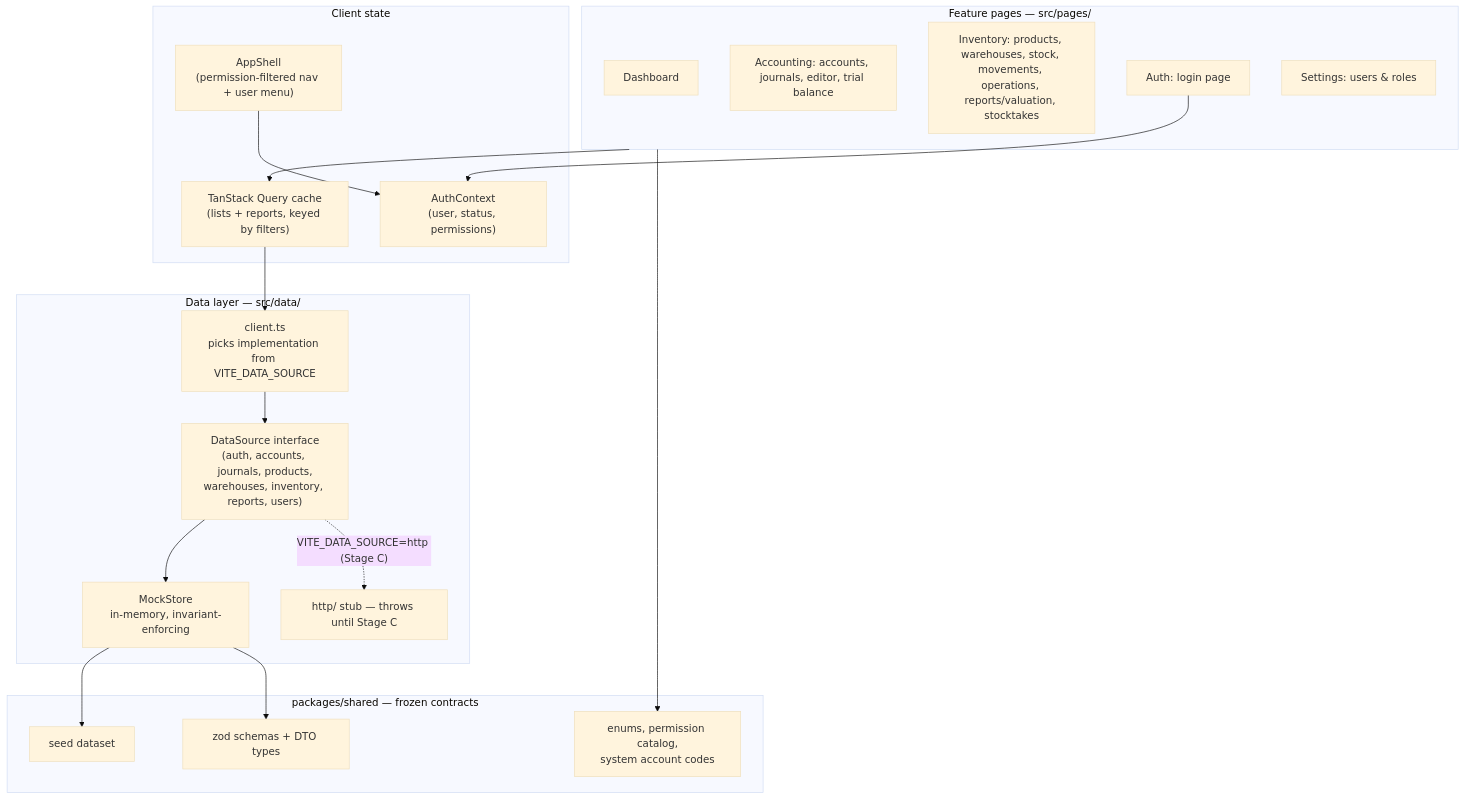
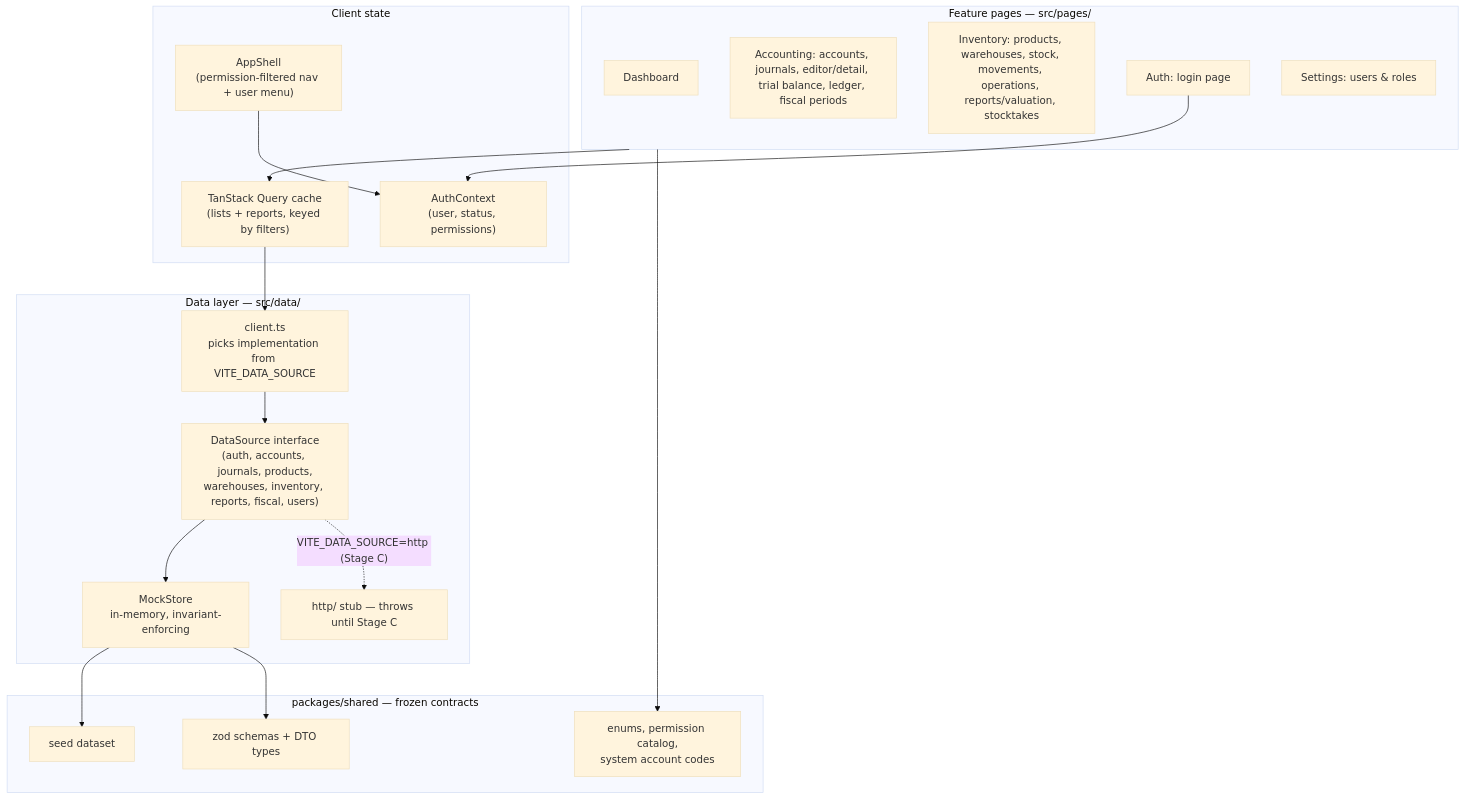
One commit to ahmed-226/ERP-Suite changed the second of 5 diagrams in docs/ARCHITECTURE.md. Above: the diagram before and after it, drawn with Mermaid (base theme). The commit also changed other lines of this file and 13 other files, not shown here.

Commit message:
feat(reports): add account ledger drilldown from trial balance

````diff
--- a/docs/ARCHITECTURE.md
+++ b/docs/ARCHITECTURE.md
@@ -20,40 +20,40 @@
 ```mermaid
 flowchart TD
     subgraph UI["Feature pages — src/pages/"]
         P1["Dashboard"]
-        P2["Accounting: accounts, journals, editor, trial balance"]
+        P2["Accounting: accounts, journals, editor/detail, trial balance, ledger, fiscal periods"]
         P3["Inventory: products, warehouses, stock, movements, operations, reports/valuation, stocktakes"]
         P4["Auth: login page"]
         P5["Settings: users & roles"]
     end
 
     subgraph State["Client state"]
         Q["TanStack Query cache<br/>(lists + reports, keyed by filters)"]
         AC["AuthContext<br/>(user, status, permissions)"]
         SH["AppShell<br/>(permission-filtered nav + user menu)"]
     end
 
     subgraph Data["Data layer — src/data/"]
         DC["client.ts<br/>picks implementation from VITE_DATA_SOURCE"]
-        IF["DataSource interface<br/>(auth, accounts, journals, products,<br/>warehouses, inventory, reports, users)"]
+        IF["DataSource interface<br/>(auth, accounts, journals, products,<br/>warehouses, inventory, reports, fiscal, users)"]
         MS["MockStore<br/>in-memory, invariant-enforcing"]
         HS["http/ stub — throws until Stage C"]
     end
 
     subgraph Shared["packages/shared — frozen contracts"]
         ZD["zod schemas + DTO types"]
         SD["seed dataset"]
         CO["enums, permission catalog,<br/>system account codes"]
     end
 
     P4 --> AC
     SH --> AC
     UI --> Q
     Q --> DC
     DC --> IF
     IF --> MS
     IF -.->|"VITE_DATA_SOURCE=http (Stage C)"| HS
     MS --> SD
     MS --> ZD
     UI --> CO
 ```
````
